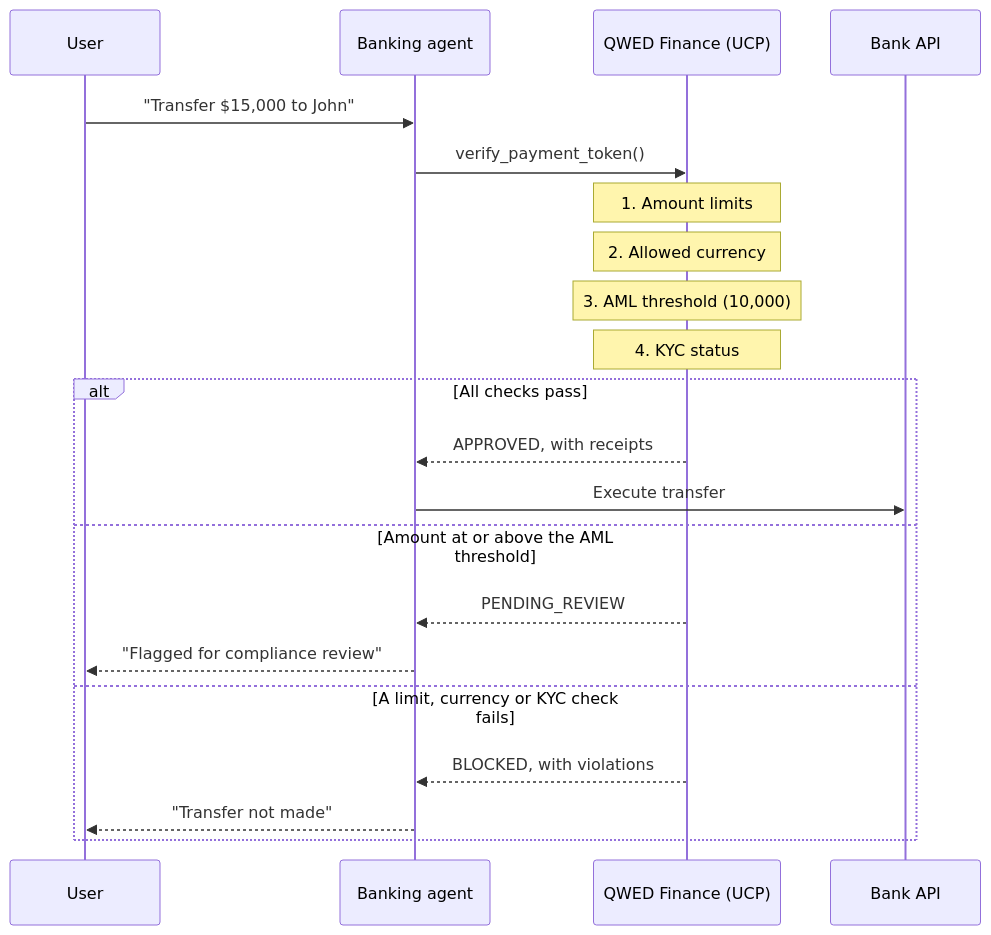
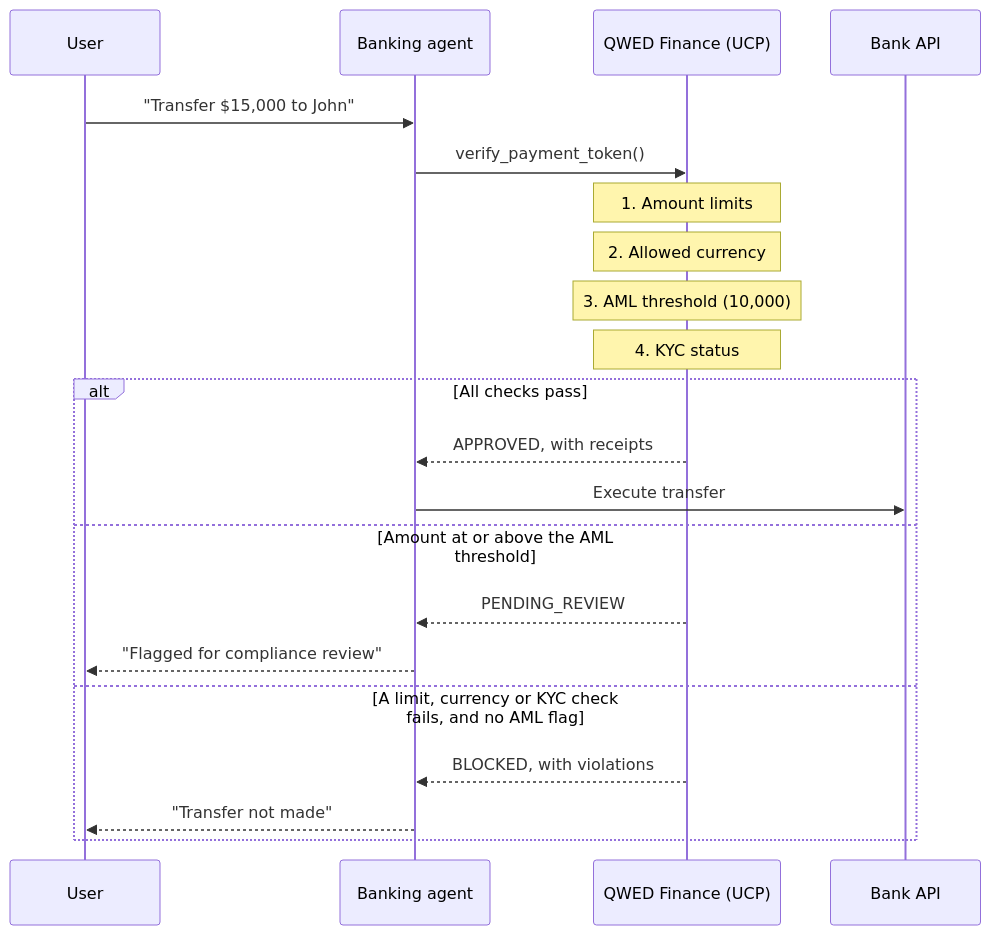
One commit to QWED-AI/qwed-finance-docs changed the second of 2 diagrams in finance/overview.mdx. Above: the diagram before and after it, drawn with Mermaid. The commit also changed other lines of this file and 5 other files, not shown here.

````diff
--- a/finance/overview.mdx
+++ b/finance/overview.mdx
@@ -114,26 +114,26 @@
 ```mermaid
 sequenceDiagram
     participant User
     participant Agent as Banking agent
     participant QWED as QWED Finance (UCP)
     participant Bank as Bank API
 
     User->>Agent: "Transfer $15,000 to John"
     Agent->>QWED: verify_payment_token()
 
     Note over QWED: 1. Amount limits
     Note over QWED: 2. Allowed currency
     Note over QWED: 3. AML threshold (10,000)
     Note over QWED: 4. KYC status
 
     alt All checks pass
         QWED-->>Agent: APPROVED, with receipts
         Agent->>Bank: Execute transfer
     else Amount at or above the AML threshold
         QWED-->>Agent: PENDING_REVIEW
         Agent-->>User: "Flagged for compliance review"
-    else A limit, currency or KYC check fails
+    else A limit, currency or KYC check fails, and no AML flag
         QWED-->>Agent: BLOCKED, with violations
         Agent-->>User: "Transfer not made"
     end
 ```
````
